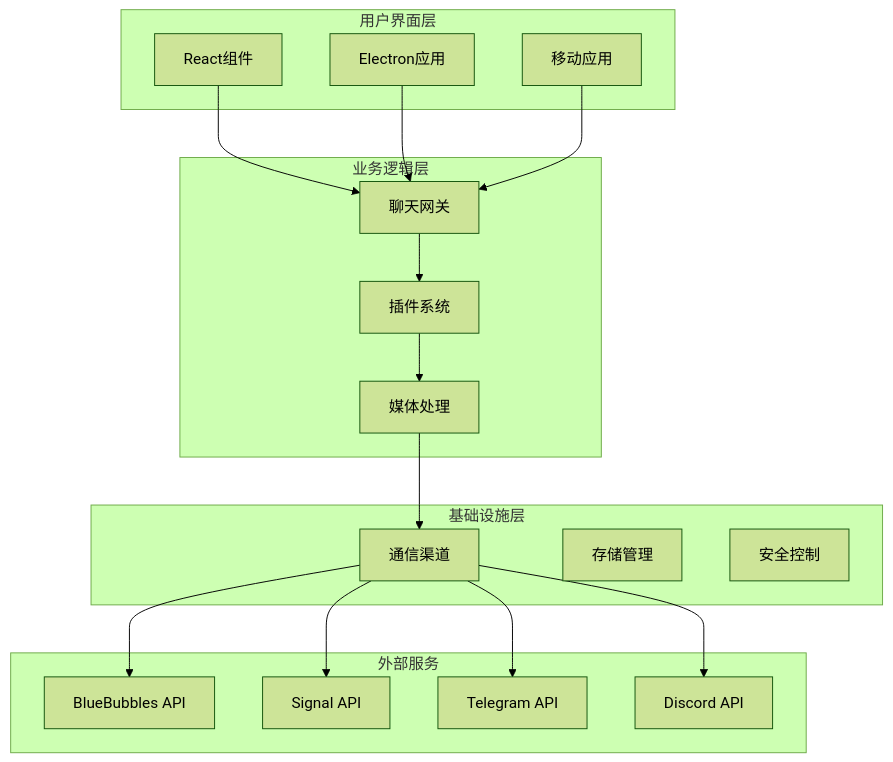
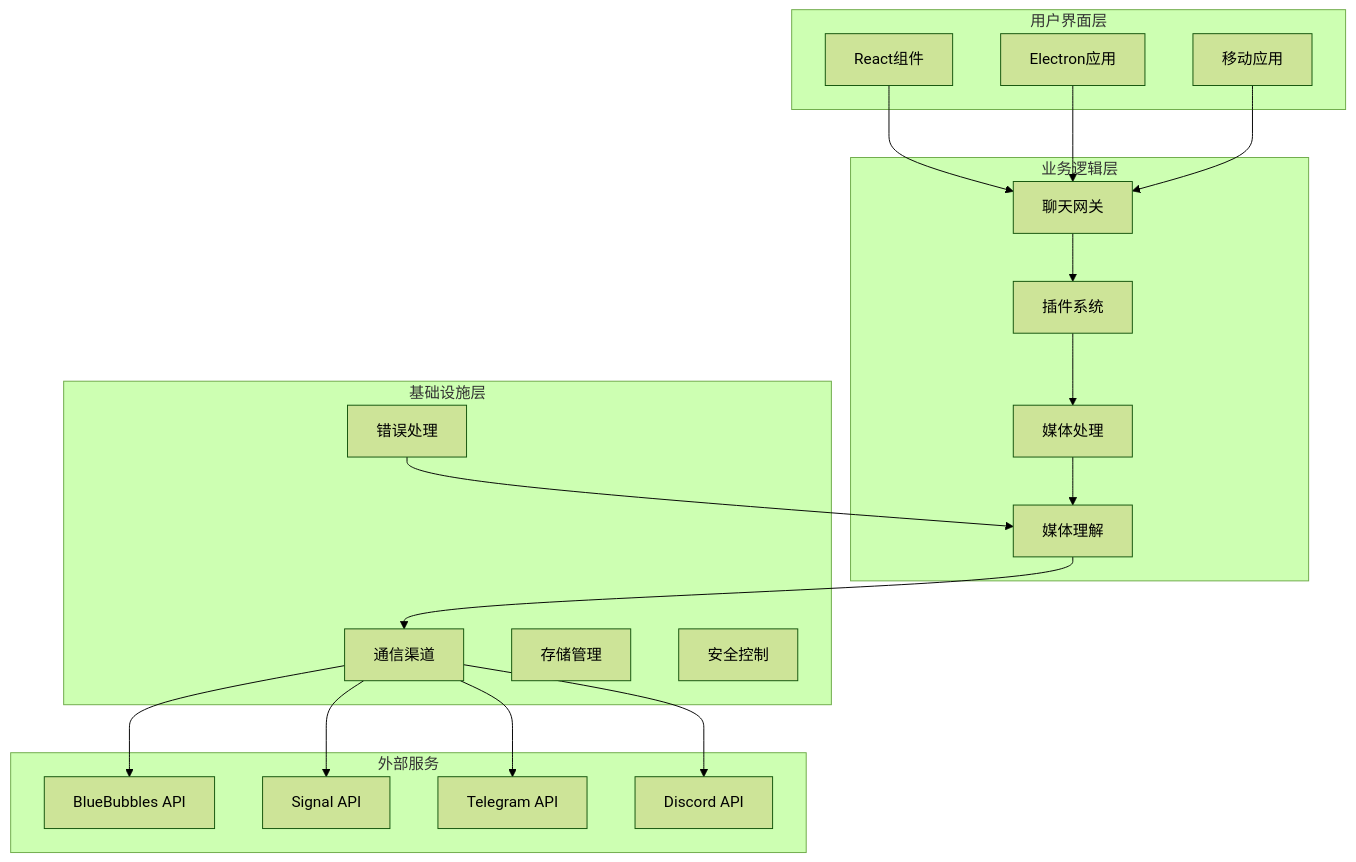
One commit to verse-ai-org/openclaw changed the first of 11 diagrams in .qoder/repowiki/zh/content/Web界面/WebChat界面/聊天附件处理系统.md. Above: the diagram before and after it, drawn with Mermaid (forest theme). The commit also changed other lines of this file and 18 other files, not shown here.

````diff
--- a/.qoder/repowiki/zh/content/Web界面/WebChat界面/聊天附件处理系统.md
+++ b/.qoder/repowiki/zh/content/Web界面/WebChat界面/聊天附件处理系统.md
@@ -50,34 +62,38 @@
 ```mermaid
 graph TB
 subgraph "用户界面层"
 UI[React组件]
 Electron[Electron应用]
 Mobile[移动应用]
 end
 subgraph "业务逻辑层"
 Gateway[聊天网关]
 Plugins[插件系统]
 Media[媒体处理]
+MediaUnderstanding[媒体理解]
 end
 subgraph "基础设施层"
 Channels[通信渠道]
 Storage[存储管理]
 Security[安全控制]
+ErrorHandling[错误处理]
 end
 subgraph "外部服务"
 BlueBubbles[BlueBubbles API]
 Signal[Signal API]
 Telegram[Telegram API]
 Discord[Discord API]
 end
 UI --> Gateway
 Electron --> Gateway
 Mobile --> Gateway
 Gateway --> Plugins
 Plugins --> Media
-Media --> Channels
+Media --> MediaUnderstanding
+MediaUnderstanding --> Channels
 Channels --> BlueBubbles
 Channels --> Signal
 Channels --> Telegram
 Channels --> Discord
+ErrorHandling --> MediaUnderstanding
 ```
````
